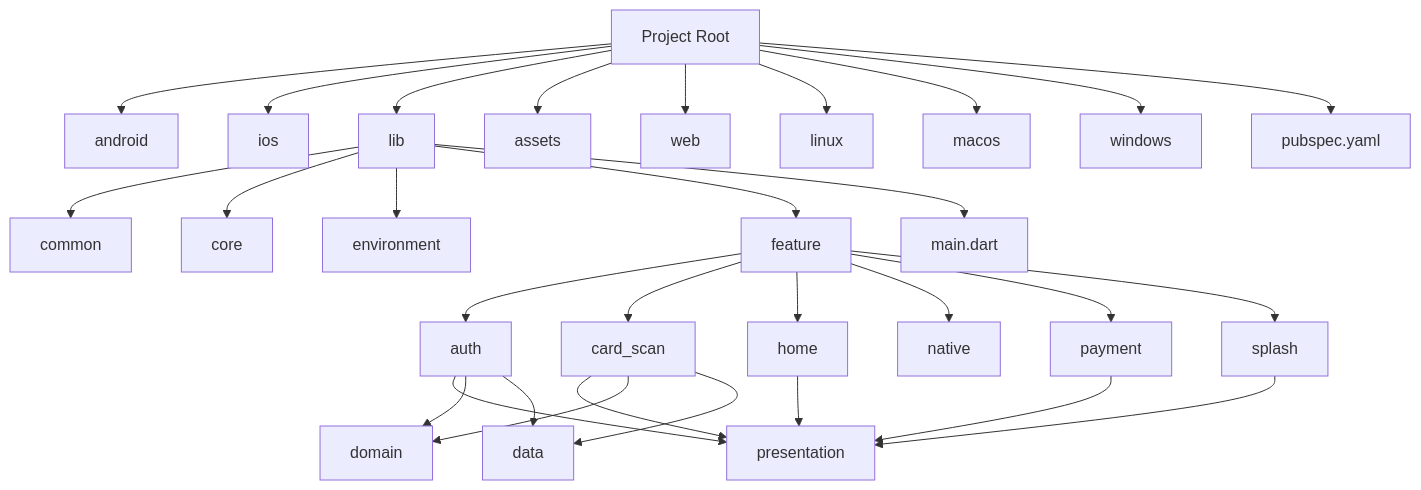
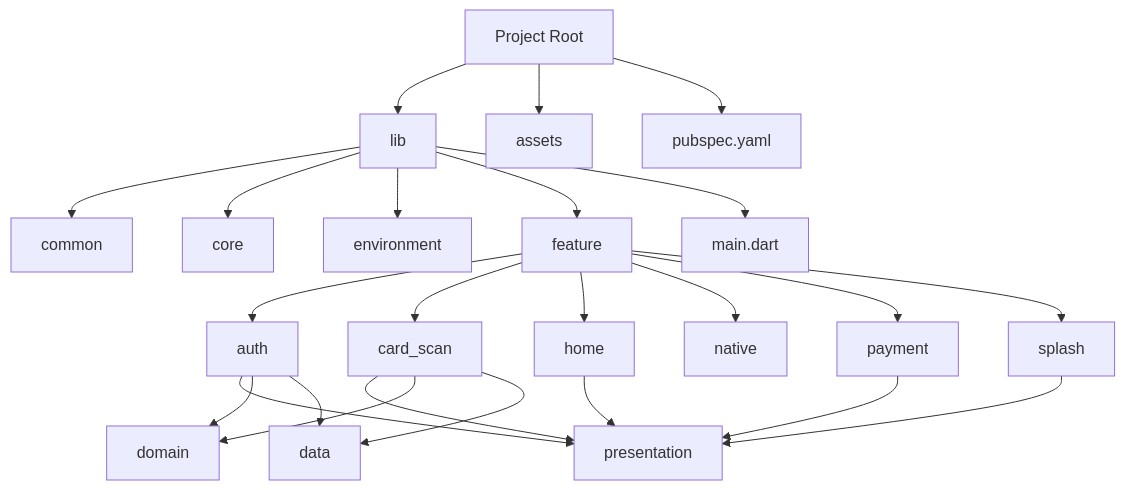
Before and after one commit to KoreanTuna/Payment-Demo: the first of 2 diagrams in README.md, drawn with Mermaid.

````diff
--- a/README.md
+++ b/README.md
@@ -11,38 +11,32 @@
 ```mermaid
 flowchart TD
     A[Project Root]
-    A --> android
-    A --> ios
     A --> lib
     A --> assets
-    A --> web
-    A --> linux
-    A --> macos
-    A --> windows
     A --> pubspec.yaml
 
     lib --> common
     lib --> core
     lib --> environment
     lib --> feature
     lib --> main.dart
 
     feature --> auth
     feature --> card_scan
     feature --> home
     feature --> native
     feature --> payment
     feature --> splash
 
     auth --> presentation
     auth --> domain
     auth --> data
 
     card_scan --> presentation
     card_scan --> domain
     card_scan --> data
 
     home --> presentation
     payment --> presentation
     splash --> presentation
 ```
````
